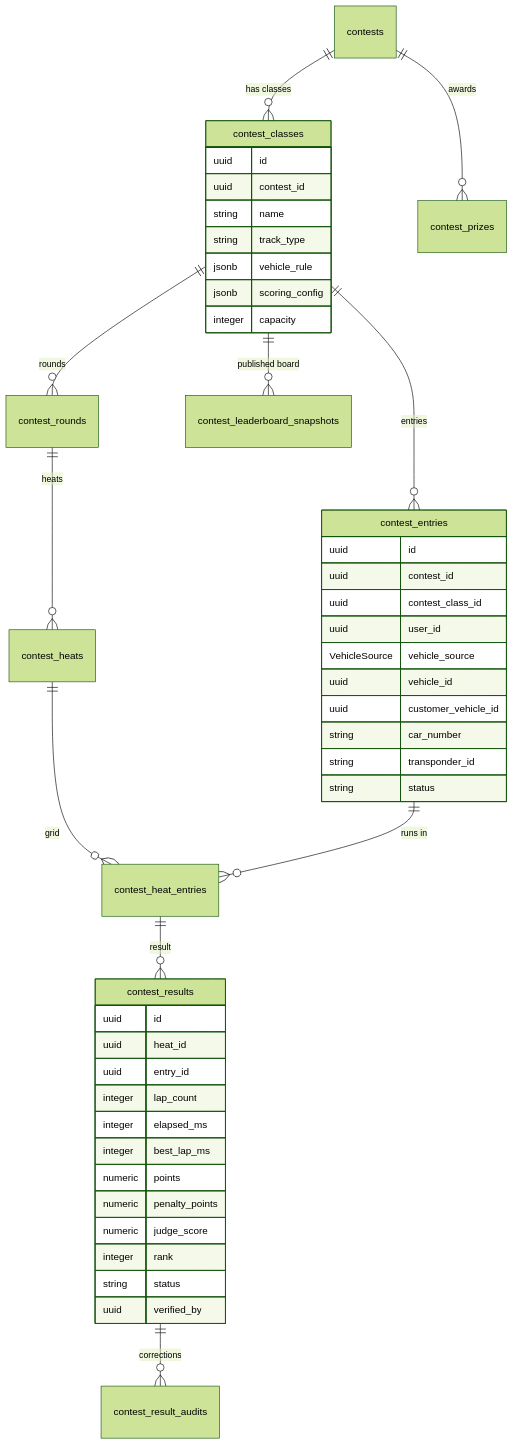
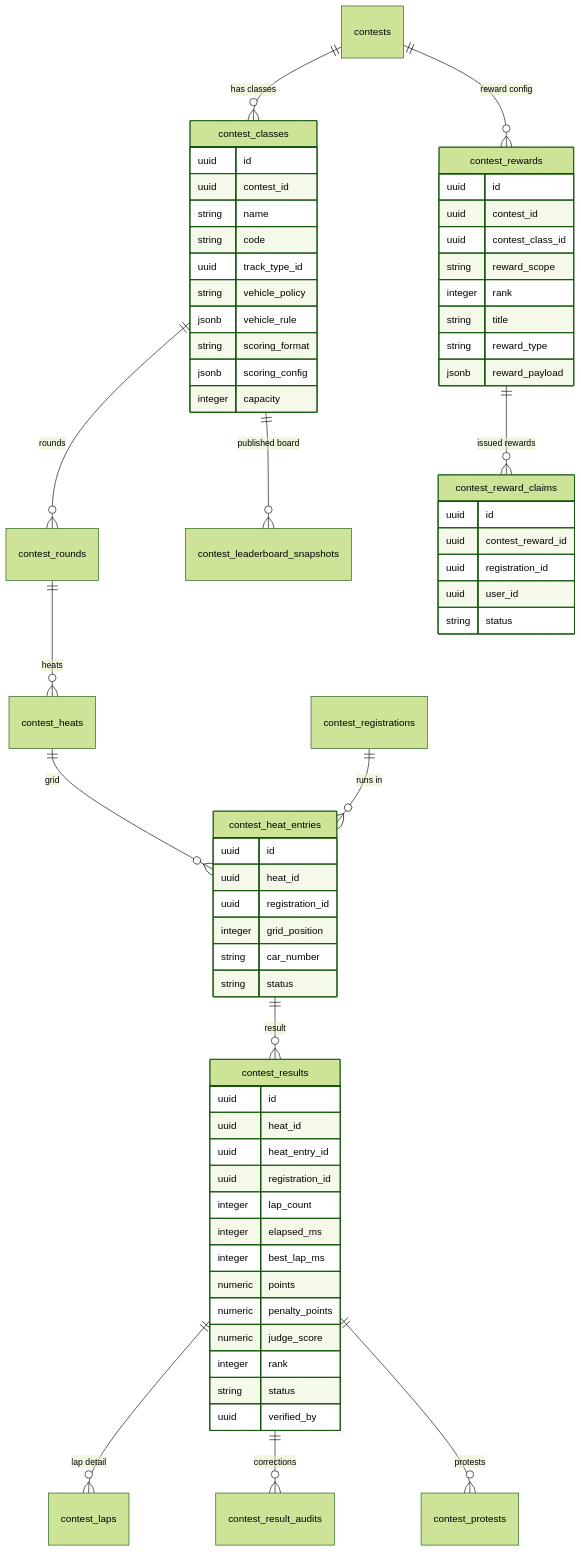
The third of 6 diagrams in docs/architecture/03-contest.md (RCField-SEP490/rcfield-spec), drawn with Mermaid (forest theme) before and after one commit. The commit also changed other lines of this file and 6 other files, not shown here.

````diff
--- a/docs/architecture/03-contest.md
+++ b/docs/architecture/03-contest.md
@@ -178,51 +179,72 @@
 ```mermaid
 erDiagram
     contests ||--o{ contest_classes : "has classes"
-    contest_classes ||--o{ contest_entries : "entries"
     contest_classes ||--o{ contest_rounds : "rounds"
     contest_rounds ||--o{ contest_heats : "heats"
     contest_heats ||--o{ contest_heat_entries : "grid"
-    contest_entries ||--o{ contest_heat_entries : "runs in"
+    contest_registrations ||--o{ contest_heat_entries : "runs in"
     contest_heat_entries ||--o{ contest_results : "result"
+    contest_results ||--o{ contest_laps : "lap detail"
     contest_classes ||--o{ contest_leaderboard_snapshots : "published board"
-    contests ||--o{ contest_prizes : "awards"
+    contests ||--o{ contest_rewards : "reward config"
+    contest_rewards ||--o{ contest_reward_claims : "issued rewards"
     contest_results ||--o{ contest_result_audits : "corrections"
+    contest_results ||--o{ contest_protests : "protests"
 
     contest_classes {
       uuid id
       uuid contest_id
       string name
-      string track_type
+      string code
+      uuid track_type_id
+      string vehicle_policy
       jsonb vehicle_rule
+      string scoring_format
       jsonb scoring_config
       integer capacity
     }
 
-    contest_entries {
+    contest_heat_entries {
       uuid id
-      uuid contest_id
-      uuid contest_class_id
-      uuid user_id
-      VehicleSource vehicle_source
-      uuid vehicle_id
-      uuid customer_vehicle_id
+      uuid heat_id
+      uuid registration_id
+      integer grid_position
       string car_number
-      string transponder_id
       string status
     }
 
     contest_results {
       uuid id
       uuid heat_id
-      uuid entry_id
+      uuid heat_entry_id
+      uuid registration_id
       integer lap_count
       integer elapsed_ms
       integer best_lap_ms
       numeric points
       numeric penalty_points
       numeric judge_score
       integer rank
       string status
       uuid verified_by
     }
+
+    contest_rewards {
+      uuid id
+      uuid contest_id
+      uuid contest_class_id
+      string reward_scope
+      integer rank
+      string title
+      string reward_type
+      jsonb reward_payload
+    }
+
+    contest_reward_claims {
+      uuid id
+      uuid contest_reward_id
+      uuid registration_id
+      uuid user_id
+      string status
+    }
 ```
````
